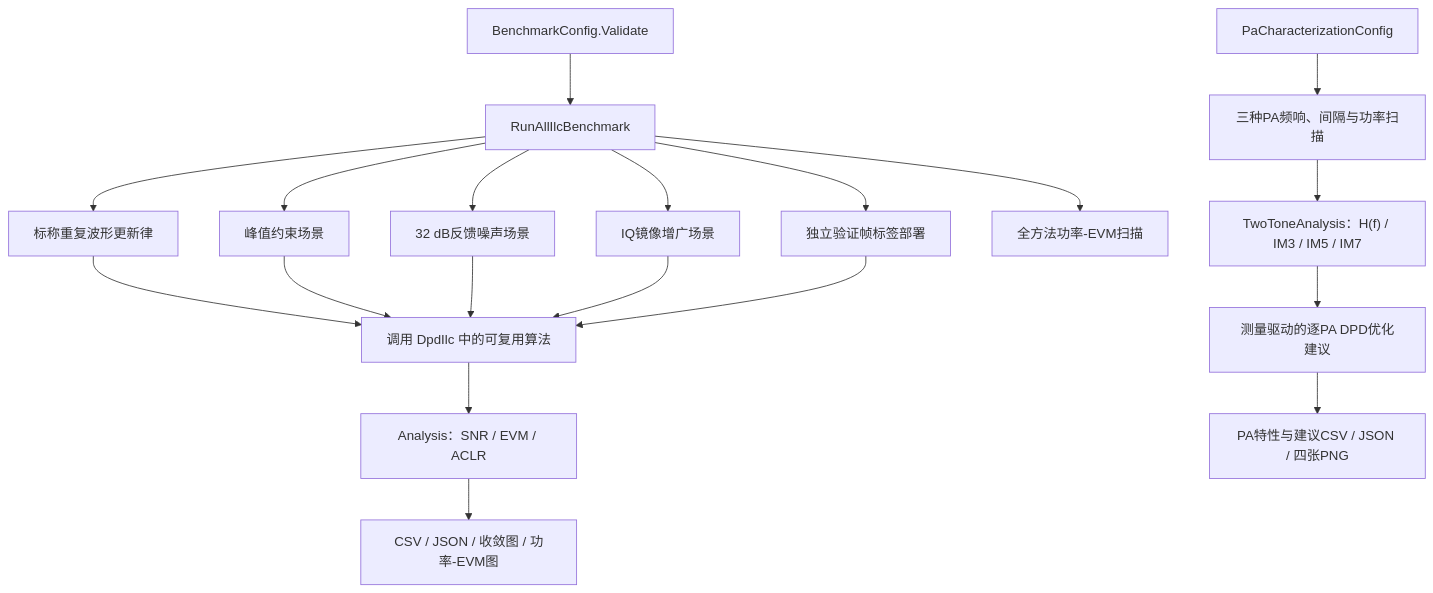
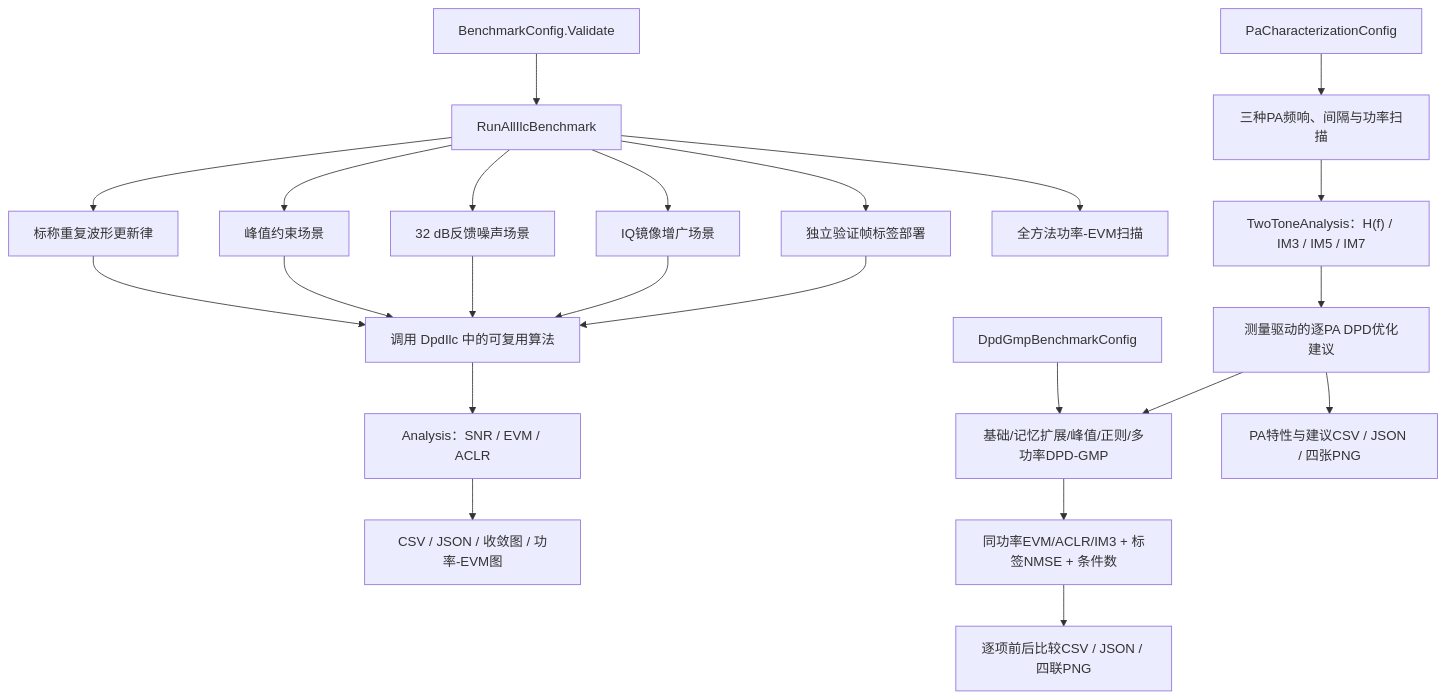
One commit to niyilu45/DPD_ILC changed diagram 15 of 19 in README.md. Above: the diagram before and after it, drawn with Mermaid. The commit also changed other lines of this file and 14 other files, not shown here.

Commit message:
Add PA-analysis-driven DPD-GMP workflow

````diff
--- a/README.md
+++ b/README.md
@@ -646,21 +703,25 @@
 ```mermaid
 flowchart TD
     config["BenchmarkConfig.Validate"] --> benchmark["RunAllIlcBenchmark"]
     benchmark --> nominal["标称重复波形更新律"]
     benchmark --> constrained["峰值约束场景"]
     benchmark --> noisy["32 dB反馈噪声场景"]
     benchmark --> iq["IQ镜像增广场景"]
     benchmark --> heldout["独立验证帧标签部署"]
     benchmark --> power["全方法功率-EVM扫描"]
     paCharacterization["PaCharacterizationConfig"] --> paSweep["三种PA频响、间隔与功率扫描"]
+    dpdGmpConfig["DpdGmpBenchmarkConfig"] --> dpdStages["基础/记忆扩展/峰值/正则/多功率DPD-GMP"]
     nominal --> algorithms["调用 DpdIlc 中的可复用算法"]
     constrained --> algorithms
     noisy --> algorithms
     iq --> algorithms
     heldout --> algorithms
     algorithms --> analysis["Analysis：SNR / EVM / ACLR"]
     analysis --> report["CSV / JSON / 收敛图 / 功率-EVM图"]
     paSweep --> toneAnalysis["TwoToneAnalysis：H(f) / IM3 / IM5 / IM7"]
     toneAnalysis --> paAdvice["测量驱动的逐PA DPD优化建议"]
+    paAdvice --> dpdStages
+    dpdStages --> dpdMetrics["同功率EVM/ACLR/IM3 + 标签NMSE + 条件数"]
+    dpdMetrics --> dpdReport["逐项前后比较CSV / JSON / 四联PNG"]
     paAdvice --> paReport["PA特性与建议CSV / JSON / 四张PNG"]
 ```
````
